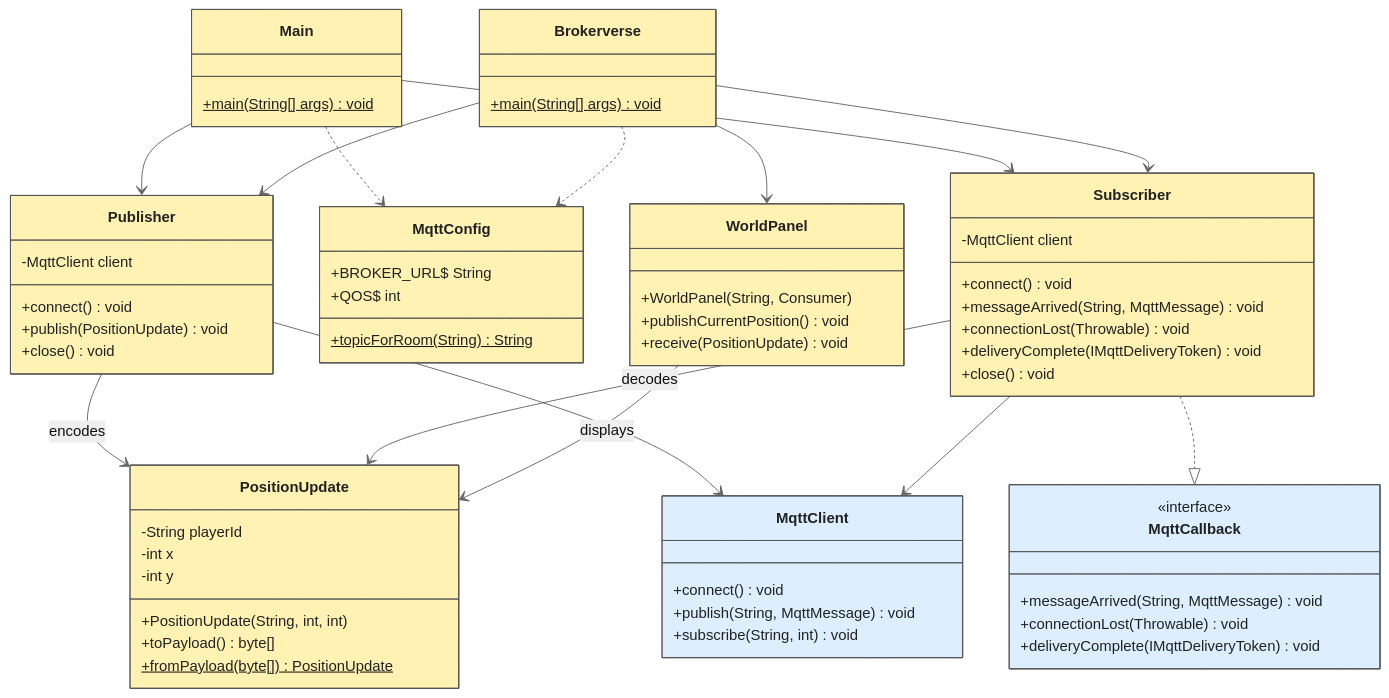
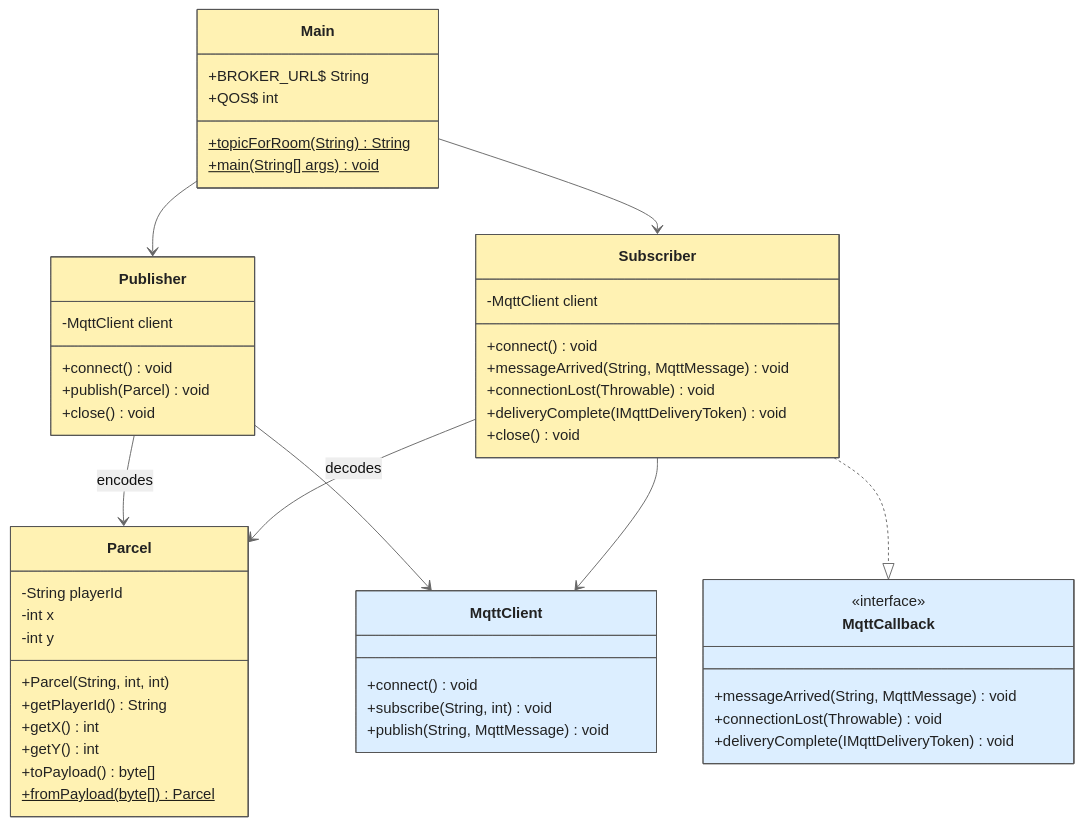
The first of 2 diagrams in DIAGRAM.md (csc-3100/cloud-mqtt-fundamentals), drawn with Mermaid (neutral theme) before and after one commit. The commit also changed other lines of this file and 11 other files, not shown here.

Commit message:
Separate four-class Parcel MQTT console example from Brokerverse GUI

````diff
--- a/DIAGRAM.md
+++ b/DIAGRAM.md
@@ -5,77 +7,61 @@
 ```mermaid
 classDiagram
     direction TB
     class Main {
-        +main(String[] args)$ void
-    }
-    class Brokerverse {
-        +main(String[] args)$ void
-    }
-    class WorldPanel {
-        +WorldPanel(String, Consumer)
-        +publishCurrentPosition() void
-        +receive(PositionUpdate) void
-    }
-    class MqttConfig {
         +BROKER_URL$ String
         +QOS$ int
         +topicForRoom(String)$ String
+        +main(String[] args)$ void
     }
-    class PositionUpdate {
+    class Parcel {
         -String playerId
         -int x
         -int y
-        +PositionUpdate(String, int, int)
+        +Parcel(String, int, int)
+        +getPlayerId() String
+        +getX() int
+        +getY() int
         +toPayload() byte[]
-        +fromPayload(byte[])$ PositionUpdate
+        +fromPayload(byte[])$ Parcel
     }
     class Publisher {
         -MqttClient client
         +connect() void
-        +publish(PositionUpdate) void
+        +publish(Parcel) void
         +close() void
     }
     class Subscriber {
         -MqttClient client
         +connect() void
         +messageArrived(String, MqttMessage) void
         +connectionLost(Throwable) void
         +deliveryComplete(IMqttDeliveryToken) void
         +close() void
     }
     class MqttCallback {
         <<interface>>
         +messageArrived(String, MqttMessage) void
         +connectionLost(Throwable) void
         +deliveryComplete(IMqttDeliveryToken) void
     }
     class MqttClient {
         +connect() void
+        +subscribe(String, int) void
         +publish(String, MqttMessage) void
-        +subscribe(String, int) void
     }
 
     Main --> Publisher
     Main --> Subscriber
-    Brokerverse --> Publisher
-    Brokerverse --> Subscriber
-    Brokerverse --> WorldPanel
-    Publisher --> PositionUpdate : encodes
-    Subscriber --> PositionUpdate : decodes
-    WorldPanel --> PositionUpdate : displays
+    Publisher --> Parcel : encodes
+    Subscriber --> Parcel : decodes
     Publisher --> MqttClient
     Subscriber --> MqttClient
     Subscriber ..|> MqttCallback
-    Main ..> MqttConfig
-    Brokerverse ..> MqttConfig
 
     style Main fill:#FFF2B3,stroke:#555555,color:#222222
-    style Brokerverse fill:#FFF2B3,stroke:#555555,color:#222222
-    style WorldPanel fill:#FFF2B3,stroke:#555555,color:#222222
     style Publisher fill:#FFF2B3,stroke:#555555,color:#222222
     style Subscriber fill:#FFF2B3,stroke:#555555,color:#222222
-    style PositionUpdate fill:#FFF2B3,stroke:#555555,color:#222222
-    style MqttConfig fill:#FFF2B3,stroke:#555555,color:#222222
+    style Parcel fill:#FFF2B3,stroke:#555555,color:#222222
     style MqttCallback fill:#DCEEFF,stroke:#555555,color:#222222
     style MqttClient fill:#DCEEFF,stroke:#555555,color:#222222
 ```
````
